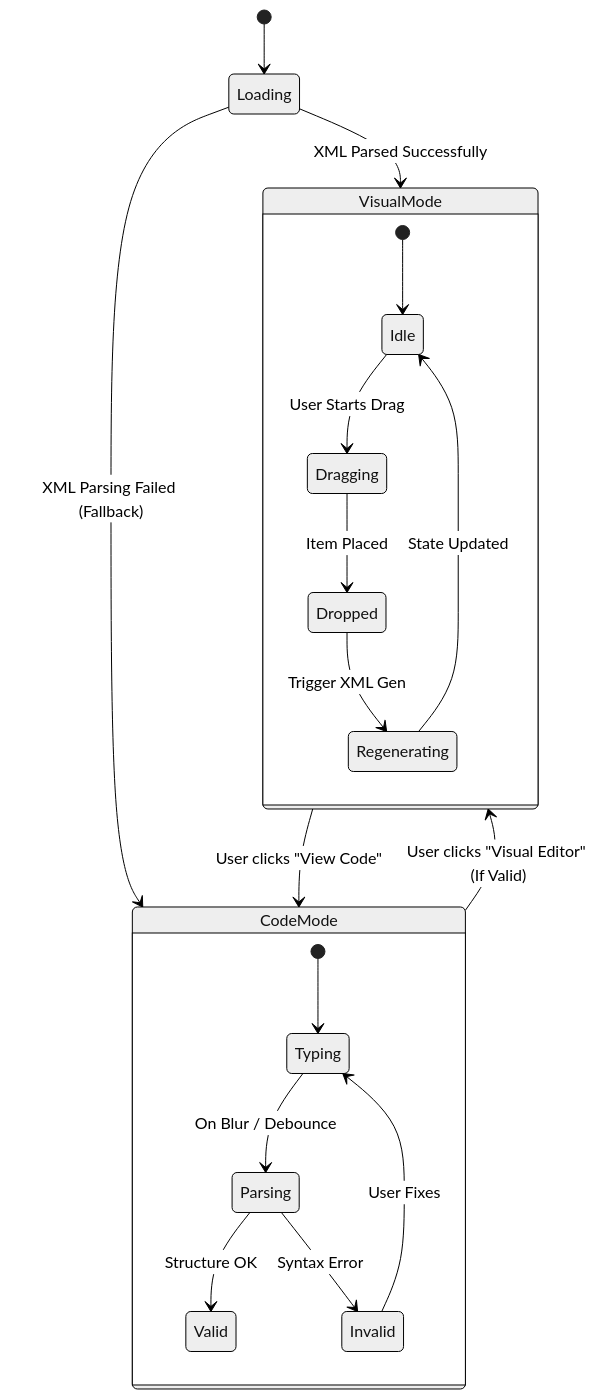
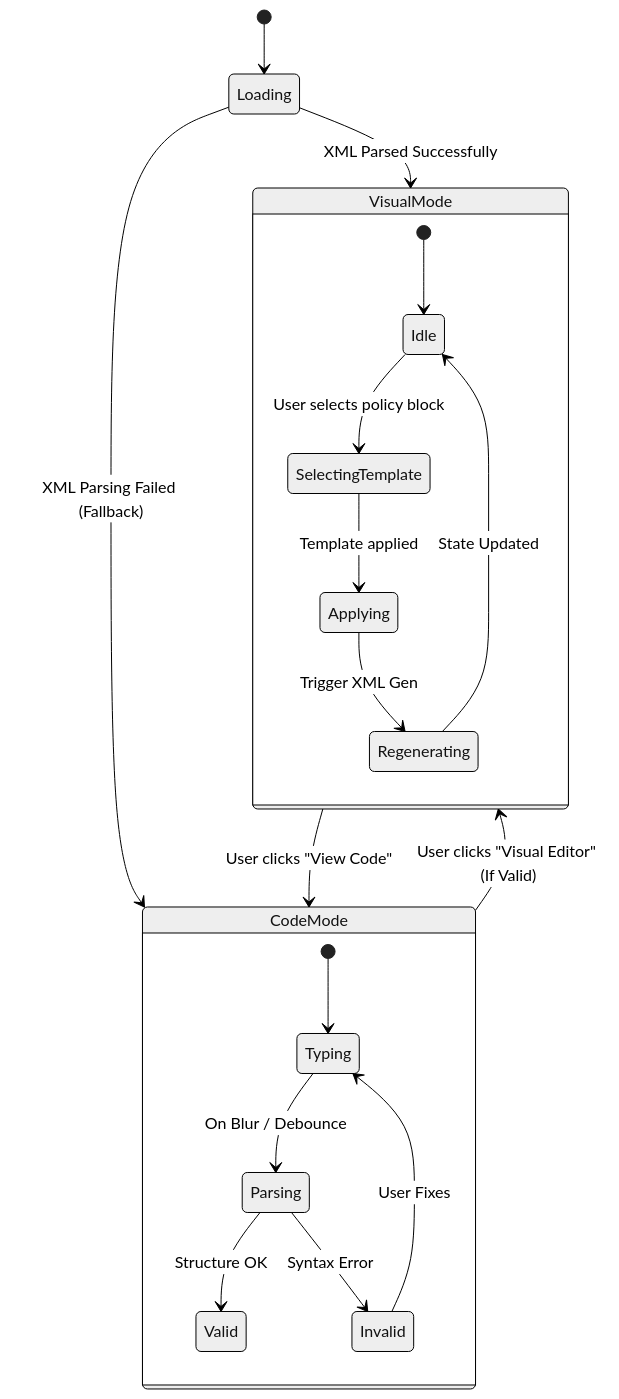
One commit to alagusundarams/swagger-scorer changed the second of 3 diagrams in docs/frontend_documentation.md. Above: the diagram before and after it, drawn with Mermaid (neutral theme). The commit also changed 9 other files, not shown here.

Commit message:
docs: comprehensive architecture, etl, and identity sync documentation

````diff
--- a/docs/frontend_documentation.md
+++ b/docs/frontend_documentation.md
@@ -45,26 +45,26 @@
 ```mermaid
 stateDiagram-v2
     [*] --> Loading
     
     Loading --> VisualMode : XML Parsed Successfully
     Loading --> CodeMode : XML Parsing Failed (Fallback)
 
     state VisualMode {
         [*] --> Idle
-        Idle --> Dragging : User Starts Drag
-        Dragging --> Dropped : Item Placed
-        Dropped --> Regenerating : Trigger XML Gen
+        Idle --> SelectingTemplate : User selects policy block
+        SelectingTemplate --> Applying : Template applied
+        Applying --> Regenerating : Trigger XML Gen
         Regenerating --> Idle : State Updated
     }
 
     state CodeMode {
         [*] --> Typing
         Typing --> Parsing : On Blur / Debounce
         Parsing --> Valid : Structure OK
         Parsing --> Invalid : Syntax Error
         Invalid --> Typing : User Fixes
     }
 
     VisualMode --> CodeMode : User clicks "View Code"
     CodeMode --> VisualMode : User clicks "Visual Editor" (If Valid)
 ```
````
